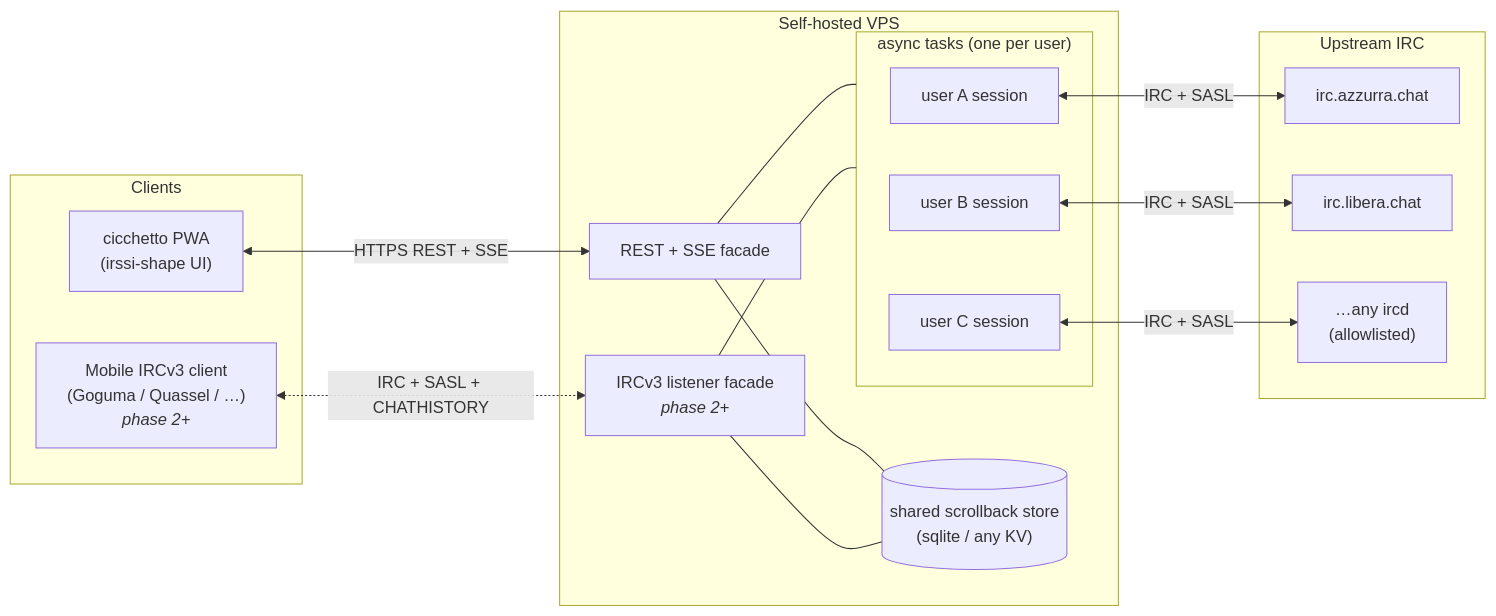
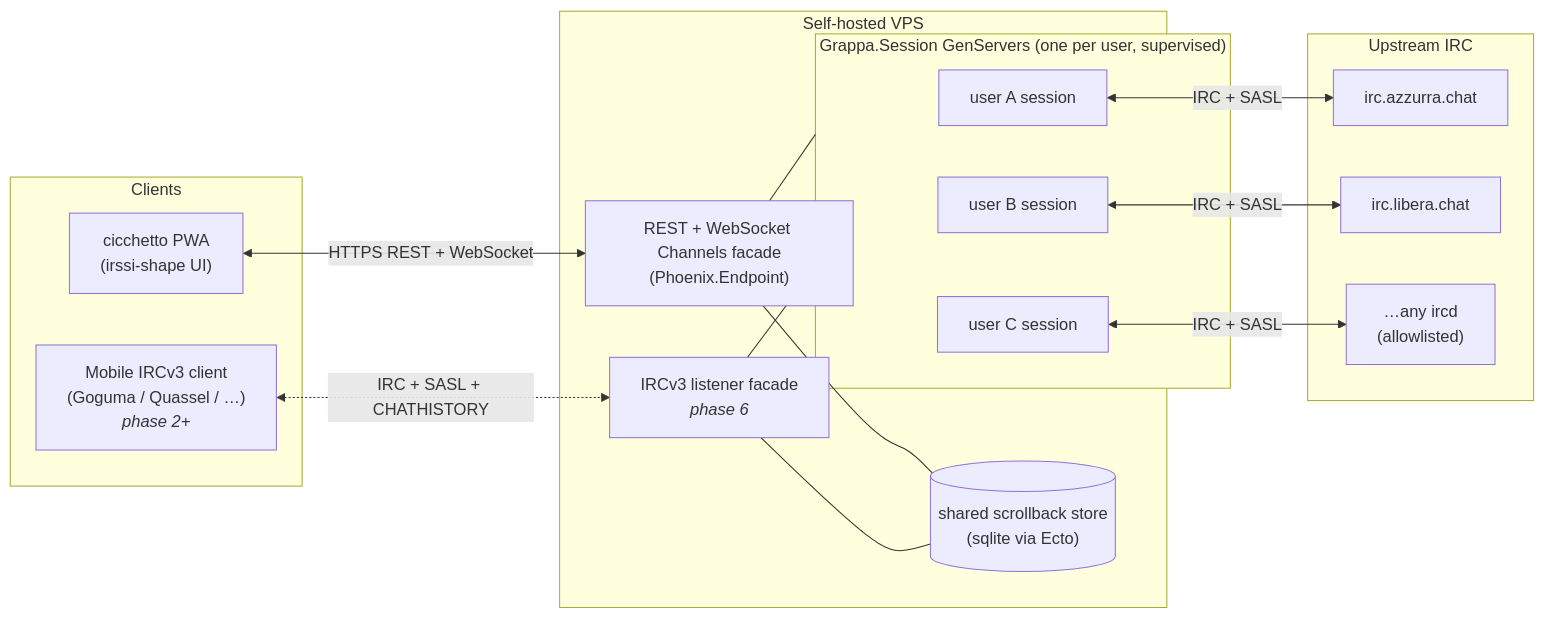
One commit to vjt/grappa-irc changed the diagram in README.md. Above: the diagram before and after it, drawn with Mermaid. The commit also changed other lines of this file and 3 other files, not shown here.

````diff
--- a/README.md
+++ b/README.md
@@ -45,34 +45,34 @@
 ```mermaid
 flowchart LR
     subgraph Clients["Clients"]
         cicchetto["cicchetto PWA<br/>(irssi-shape UI)"]
         mobileirc["Mobile IRCv3 client<br/>(Goguma / Quassel / …)<br/><em>phase 2+</em>"]
     end
 
     subgraph VPS["Self-hosted VPS"]
-        rest["REST + SSE facade"]
-        irclisten["IRCv3 listener facade<br/><em>phase 2+</em>"]
-        store[("shared scrollback store<br/>(sqlite / any KV)")]
+        rest["REST + WebSocket Channels facade<br/>(Phoenix.Endpoint)"]
+        irclisten["IRCv3 listener facade<br/><em>phase 6</em>"]
+        store[("shared scrollback store<br/>(sqlite via Ecto)")]
         rest --- store
         irclisten --- store
-        subgraph tasks["async tasks (one per user)"]
+        subgraph tasks["Grappa.Session GenServers (one per user, supervised)"]
             t1["user A session"]
             t2["user B session"]
             t3["user C session"]
         end
         rest --- tasks
         irclisten --- tasks
     end
 
     subgraph Upstream["Upstream IRC"]
         azzurra["irc.azzurra.chat"]
         libera["irc.libera.chat"]
         other["…any ircd<br/>(allowlisted)"]
     end
 
-    cicchetto <-->|"HTTPS REST + SSE"| rest
+    cicchetto <-->|"HTTPS REST + WebSocket"| rest
     mobileirc <-.->|"IRC + SASL + CHATHISTORY"| irclisten
     t1 <-->|"IRC + SASL"| azzurra
     t2 <-->|"IRC + SASL"| libera
     t3 <-->|"IRC + SASL"| other
 ```
````
